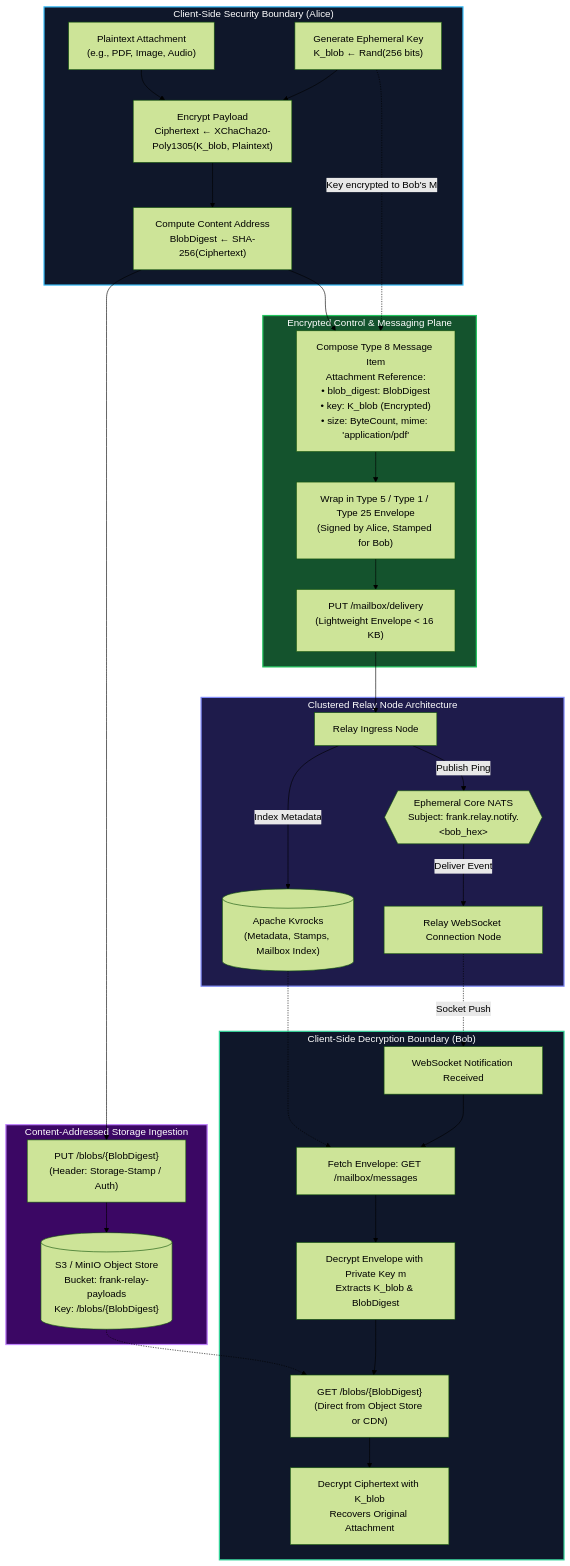
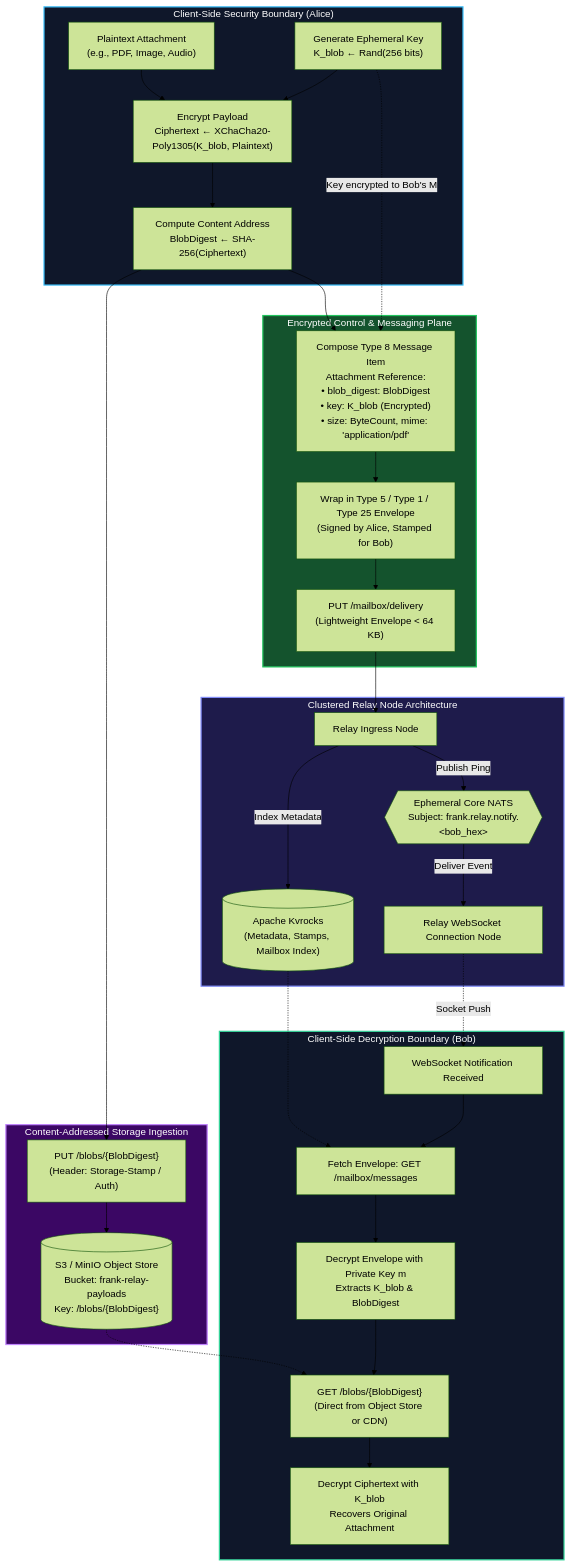
One commit to schancel/frank changed the diagram in packages/docs/protocol/blob-storage.md. Above: the diagram before and after it, drawn with Mermaid (forest theme). The commit also changed other lines of this file and 4 other files, not shown here.

````diff
--- a/packages/docs/protocol/blob-storage.md
+++ b/packages/docs/protocol/blob-storage.md
@@ -22,66 +22,66 @@
 ```mermaid
 flowchart TD
     subgraph ClientSide ["Client-Side Security Boundary (Alice)"]
         Plaintext["Plaintext Attachment<br/>(e.g., PDF, Image, Audio)"]
         GenKey["Generate Ephemeral Key<br/>K_blob ← Rand(256 bits)"]
         EncryptBlob["Encrypt Payload<br/>Ciphertext ← XChaCha20-Poly1305(K_blob, Plaintext)"]
         HashBlob["Compute Content Address<br/>BlobDigest ← SHA-256(Ciphertext)"]
 
         Plaintext --> EncryptBlob
         GenKey --> EncryptBlob
         EncryptBlob --> HashBlob
     end
 
     subgraph BlobUpload ["Content-Addressed Storage Ingestion"]
         UploadBlob["PUT /blobs/{BlobDigest}<br/>(Header: Storage-Stamp / Auth)"]
         ObjectStore[("S3 / MinIO Object Store<br/>Bucket: frank-relay-payloads<br/>Key: /blobs/{BlobDigest}")]
 
         HashBlob --> UploadBlob
         UploadBlob --> ObjectStore
     end
 
     subgraph MessagingPlane ["Encrypted Control & Messaging Plane"]
         ComposeDM["Compose Type 8 Message Item<br/>Attachment Reference:<br/>• blob_digest: BlobDigest<br/>• key: K_blob (Encrypted)<br/>• size: ByteCount, mime: 'application/pdf'"]
         WrapDM["Wrap in Type 5 / Type 1 / Type 25 Envelope<br/>(Signed by Alice, Stamped for Bob)"]
-        PushDM["PUT /mailbox/delivery<br/>(Lightweight Envelope &lt; 16 KB)"]
+        PushDM["PUT /mailbox/delivery<br/>(Lightweight Envelope &lt; 64 KB)"]
 
         GenKey -.->|Key encrypted to Bob's M| ComposeDM
         HashBlob --> ComposeDM
         ComposeDM --> WrapDM
         WrapDM --> PushDM
     end
 
     subgraph ClusteredBackend ["Clustered Relay Node Architecture"]
         IngressNode["Relay Ingress Node"]
         Kvrocks[("Apache Kvrocks<br/>(Metadata, Stamps, Mailbox Index)")]
         CoreNATS{{"Ephemeral Core NATS<br/>Subject: frank.relay.notify.&lt;bob_hex&gt;"}}
         WSNode["Relay WebSocket Connection Node"]
 
         PushDM --> IngressNode
         IngressNode -->|Index Metadata| Kvrocks
         IngressNode -->|Publish Ping| CoreNATS
         CoreNATS -->|Deliver Event| WSNode
     end
 
     subgraph RecipientSide ["Client-Side Decryption Boundary (Bob)"]
         RecvPush["WebSocket Notification Received"]
         SyncInbox["Fetch Envelope: GET /mailbox/messages"]
         DecryptDM["Decrypt Envelope with Private Key m<br/>Extracts K_blob & BlobDigest"]
         FetchBlob["GET /blobs/{BlobDigest}<br/>(Direct from Object Store or CDN)"]
         DecryptFile["Decrypt Ciphertext with K_blob<br/>Recovers Original Attachment"]
 
         WSNode -.->|Socket Push| RecvPush
         RecvPush --> SyncInbox
         Kvrocks -.-> SyncInbox
         SyncInbox --> DecryptDM
         DecryptDM --> FetchBlob
         ObjectStore -.-> FetchBlob
         FetchBlob --> DecryptFile
     end
 
     style ClientSide fill:#0f172a,stroke:#38bdf8,stroke-width:2px,color:#fff
     style RecipientSide fill:#0f172a,stroke:#34d399,stroke-width:2px,color:#fff
     style ClusteredBackend fill:#1e1b4b,stroke:#818cf8,stroke-width:2px,color:#fff
     style MessagingPlane fill:#14532d,stroke:#22c55e,stroke-width:2px,color:#fff
     style BlobUpload fill:#3b0764,stroke:#c084fc,stroke-width:2px,color:#fff
 ```
````
